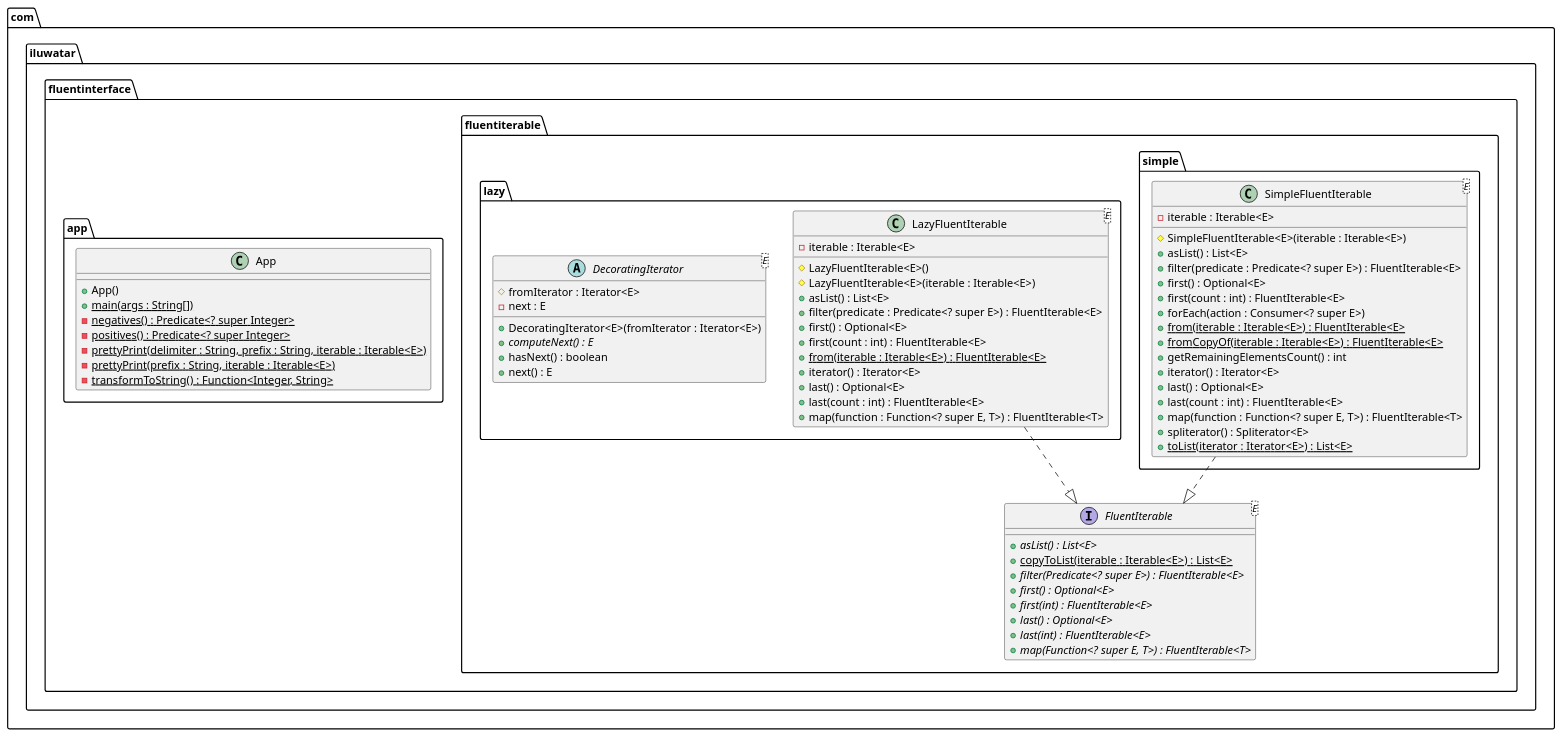
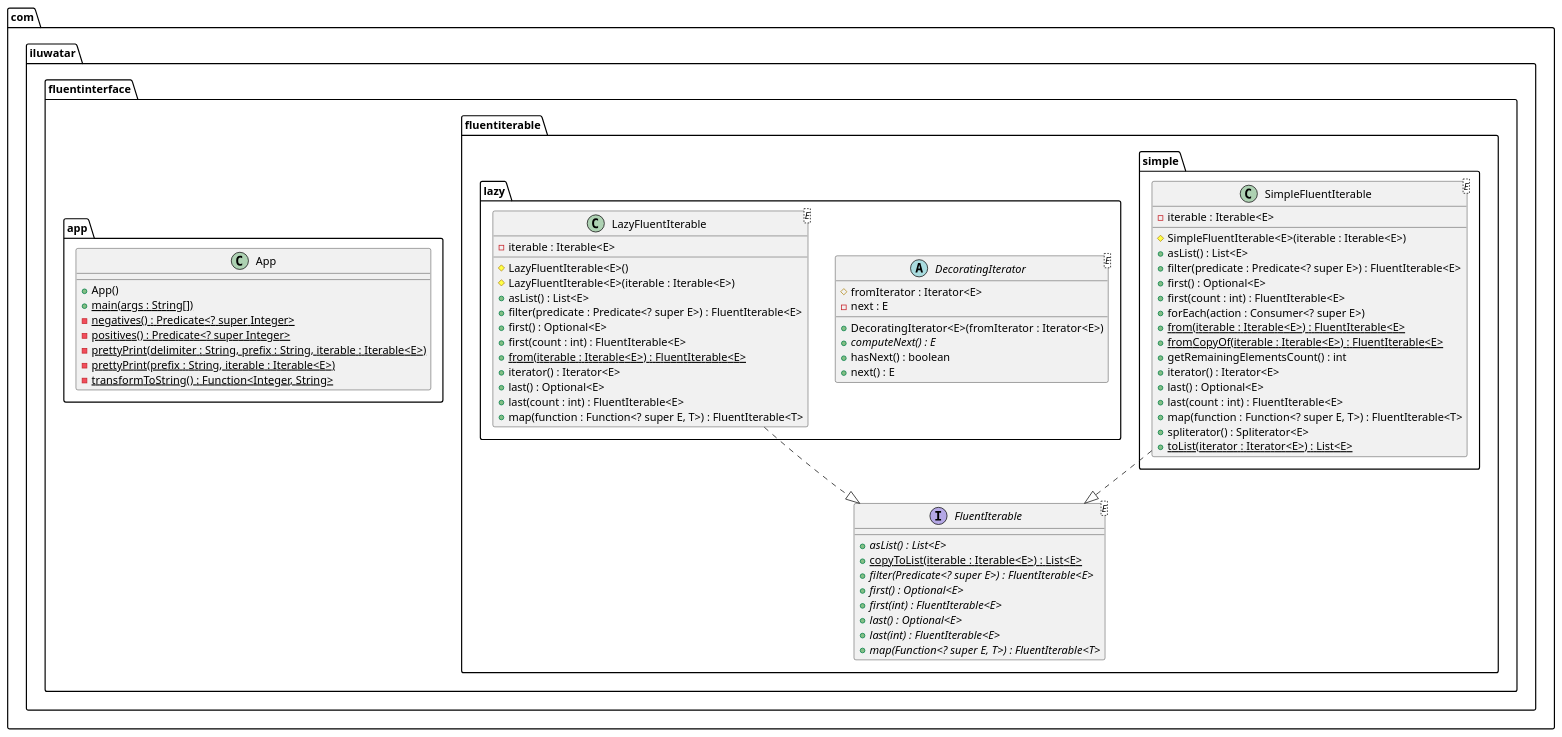
One commit to NatalieSty/java-design-patterns changed the diagram in fluentinterface/etc/fluentinterface.urm.puml. Above: the diagram before and after it, drawn with PlantUML. The commit also changed other lines of this file and 77 other files, not shown here.

Commit message:
UML generation: Mark the urm-maven-plugin execution to be ignored in Eclipse and recreate all .puml files

```diff
--- a/fluentinterface/etc/fluentinterface.urm.puml
+++ b/fluentinterface/etc/fluentinterface.urm.puml
@@ -1,71 +1,71 @@
 @startuml
 package com.iluwatar.fluentinterface.fluentiterable.simple {
   class SimpleFluentIterable<E> {
     - iterable : Iterable<E>
     # SimpleFluentIterable<E>(iterable : Iterable<E>)
     + asList() : List<E>
     + filter(predicate : Predicate<? super E>) : FluentIterable<E>
     + first() : Optional<E>
     + first(count : int) : FluentIterable<E>
     + forEach(action : Consumer<? super E>)
     + from(iterable : Iterable<E>) : FluentIterable<E> {static}
     + fromCopyOf(iterable : Iterable<E>) : FluentIterable<E> {static}
     + getRemainingElementsCount() : int
     + iterator() : Iterator<E>
     + last() : Optional<E>
     + last(count : int) : FluentIterable<E>
     + map(function : Function<? super E, T>) : FluentIterable<T>
     + spliterator() : Spliterator<E>
     + toList(iterator : Iterator<E>) : List<E> {static}
   }
 }
 package com.iluwatar.fluentinterface.app {
   class App {
     + App()
     + main(args : String[]) {static}
     - negatives() : Predicate<? super Integer> {static}
     - positives() : Predicate<? super Integer> {static}
     - prettyPrint(delimiter : String, prefix : String, iterable : Iterable<E>) {static}
     - prettyPrint(prefix : String, iterable : Iterable<E>) {static}
     - transformToString() : Function<Integer, String> {static}
   }
 }
 package com.iluwatar.fluentinterface.fluentiterable.lazy {
+  abstract class DecoratingIterator<E> {
+    # fromIterator : Iterator<E>
+    - next : E
+    + DecoratingIterator<E>(fromIterator : Iterator<E>)
+    + computeNext() : E {abstract}
+    + hasNext() : boolean
+    + next() : E
+  }
   class LazyFluentIterable<E> {
     - iterable : Iterable<E>
     # LazyFluentIterable<E>()
     # LazyFluentIterable<E>(iterable : Iterable<E>)
     + asList() : List<E>
     + filter(predicate : Predicate<? super E>) : FluentIterable<E>
     + first() : Optional<E>
     + first(count : int) : FluentIterable<E>
     + from(iterable : Iterable<E>) : FluentIterable<E> {static}
     + iterator() : Iterator<E>
     + last() : Optional<E>
     + last(count : int) : FluentIterable<E>
     + map(function : Function<? super E, T>) : FluentIterable<T>
-  }
-  abstract class DecoratingIterator<E> {
-    # fromIterator : Iterator<E>
-    - next : E
-    + DecoratingIterator<E>(fromIterator : Iterator<E>)
-    + computeNext() : E {abstract}
-    + hasNext() : boolean
-    + next() : E
   }
 }
 package com.iluwatar.fluentinterface.fluentiterable {
   interface FluentIterable<E> {
     + asList() : List<E> {abstract}
     + copyToList(iterable : Iterable<E>) : List<E> {static}
     + filter(Predicate<? super E>) : FluentIterable<E> {abstract}
     + first() : Optional<E> {abstract}
     + first(int) : FluentIterable<E> {abstract}
     + last() : Optional<E> {abstract}
     + last(int) : FluentIterable<E> {abstract}
     + map(Function<? super E, T>) : FluentIterable<T> {abstract}
   }
 }
 LazyFluentIterable ..|> FluentIterable 
 SimpleFluentIterable ..|> FluentIterable 
 @enduml
```
